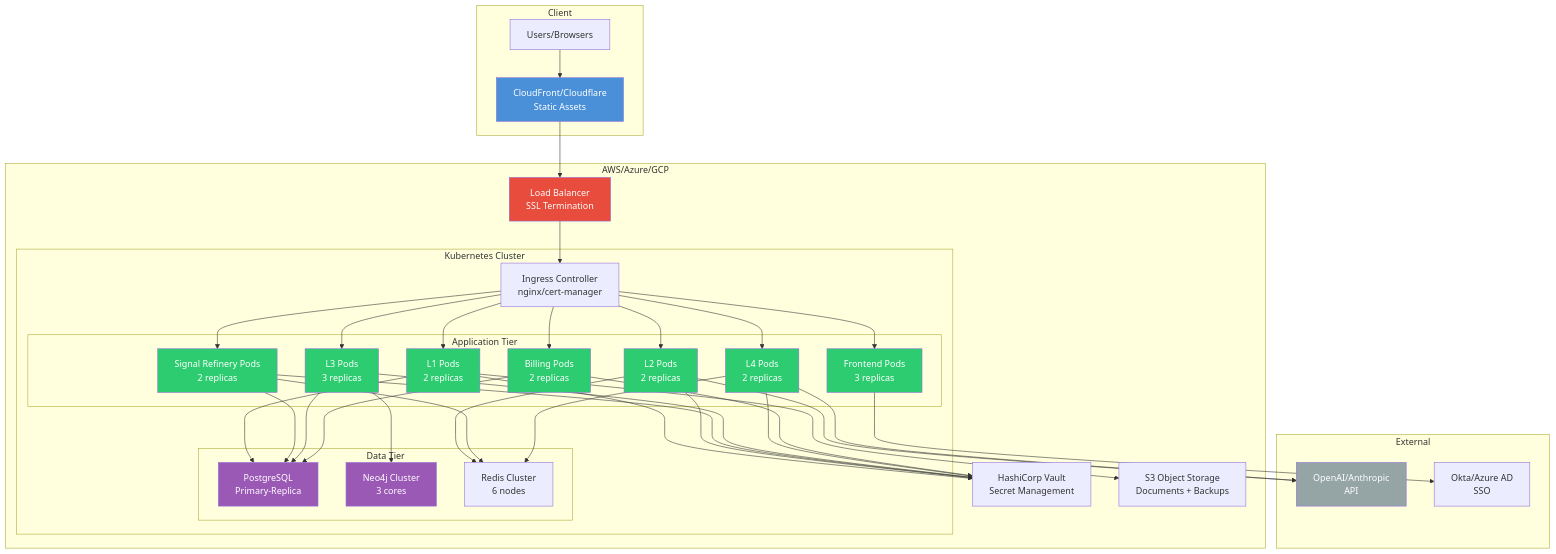
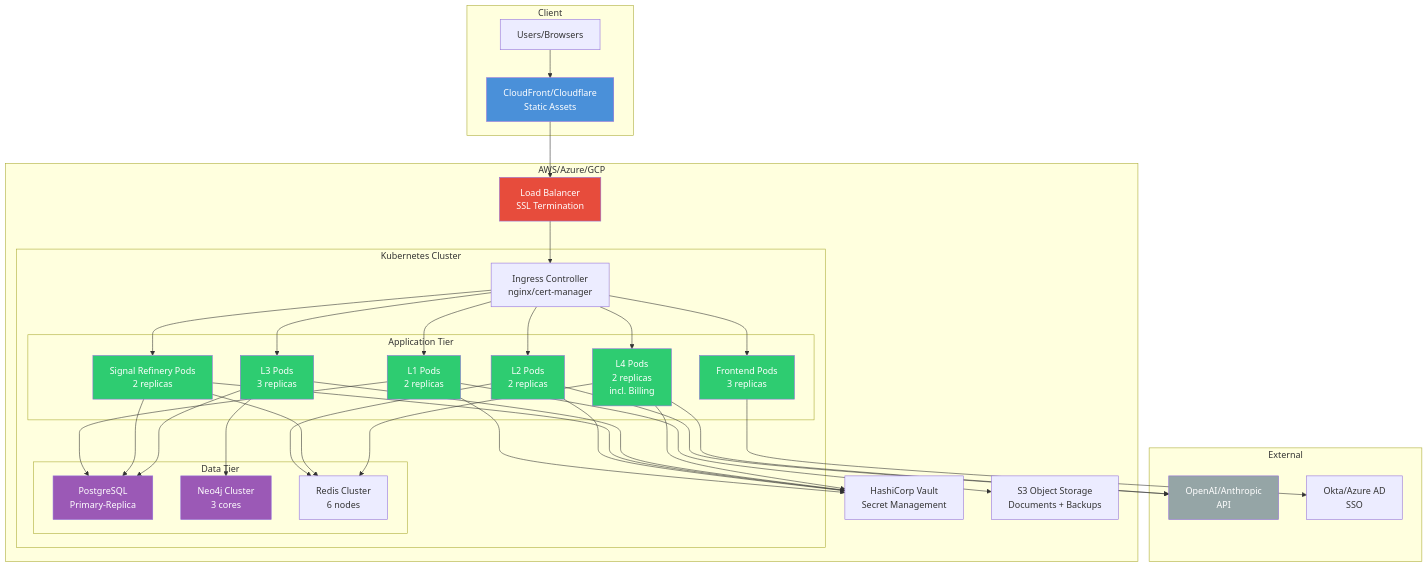
One commit to Valynt/Fabric_4L changed the tenth of 11 diagrams in docs/core-concepts/architecture.md. Above: the diagram before and after it, drawn with Mermaid. The commit also changed other lines of this file and 125 other files, not shown here.

```diff
--- a/docs/core-concepts/architecture.md
+++ b/docs/core-concepts/architecture.md
@@ -505,8 +508,7 @@
                 L2_POD[L2 Pods<br/>2 replicas]
                 L2_5_POD[Signal Refinery Pods<br/>2 replicas]
                 L3_POD[L3 Pods<br/>3 replicas]
-                L4_POD[L4 Pods<br/>2 replicas]
-                L7_POD[Billing Pods<br/>2 replicas]
+                L4_POD[L4 Pods<br/>2 replicas<br/>incl. Billing]
             end
             
             subgraph "Data Tier"
@@ -534,7 +536,6 @@
     ING --> L2_5_POD
     ING --> L3_POD
     ING --> L4_POD
-    ING --> L7_POD
     
     L1_POD --> S3
     L1_POD --> PG_CLUSTER
@@ -546,7 +547,6 @@
     L3_POD --> PG_CLUSTER
     L4_POD --> RED_CLUSTER
     L4_POD --> OPENAI
-    L7_POD --> PG_CLUSTER
     
     FE_POD --> IDP
     L1_POD --> VAULT
@@ -554,7 +554,6 @@
     L2_5_POD --> VAULT
     L3_POD --> VAULT
     L4_POD --> VAULT
-    L7_POD --> VAULT
     
     style CDN fill:#4a90d9,color:white
     style LB fill:#e74c3c,color:white
@@ -564,7 +563,6 @@
     style L2_5_POD fill:#2ecc71,color:white
     style L3_POD fill:#2ecc71,color:white
     style L4_POD fill:#2ecc71,color:white
-    style L7_POD fill:#2ecc71,color:white
     style PG_CLUSTER fill:#9b59b6,color:white
     style NEO_CLUSTER fill:#9b59b6,color:white
     style OPENAI fill:#95a5a6,color:white
```
